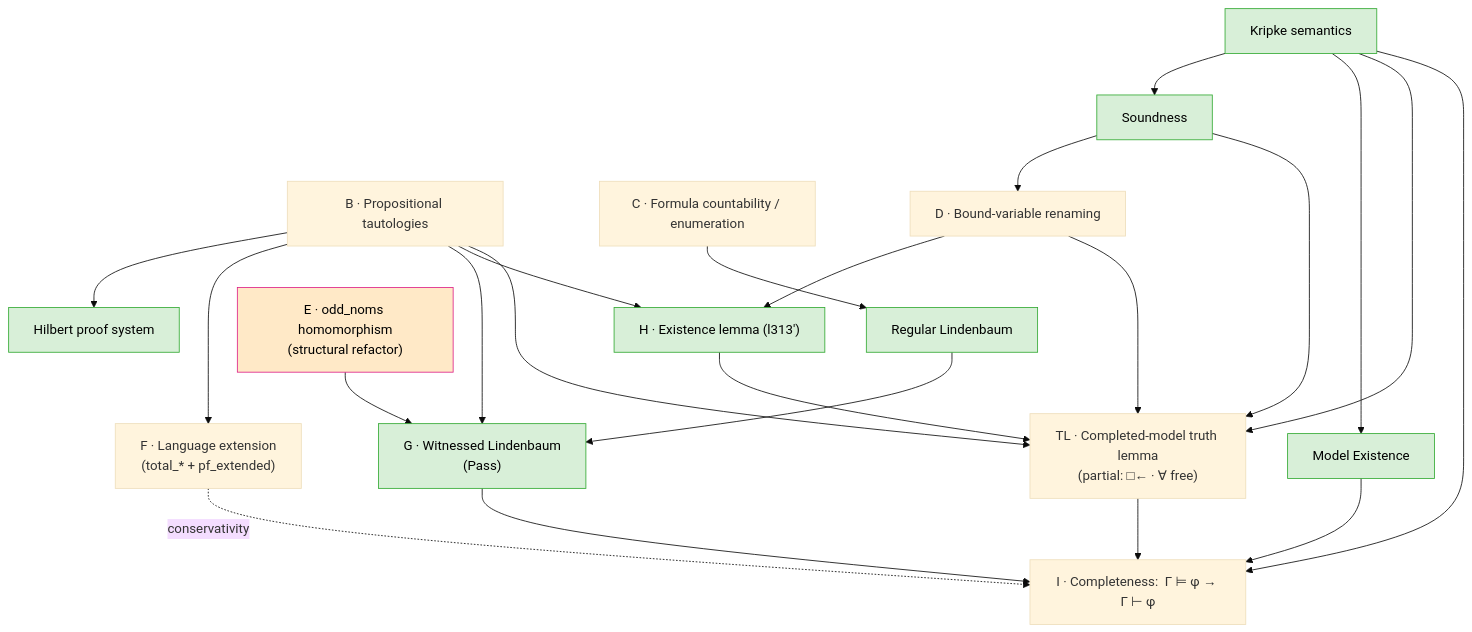
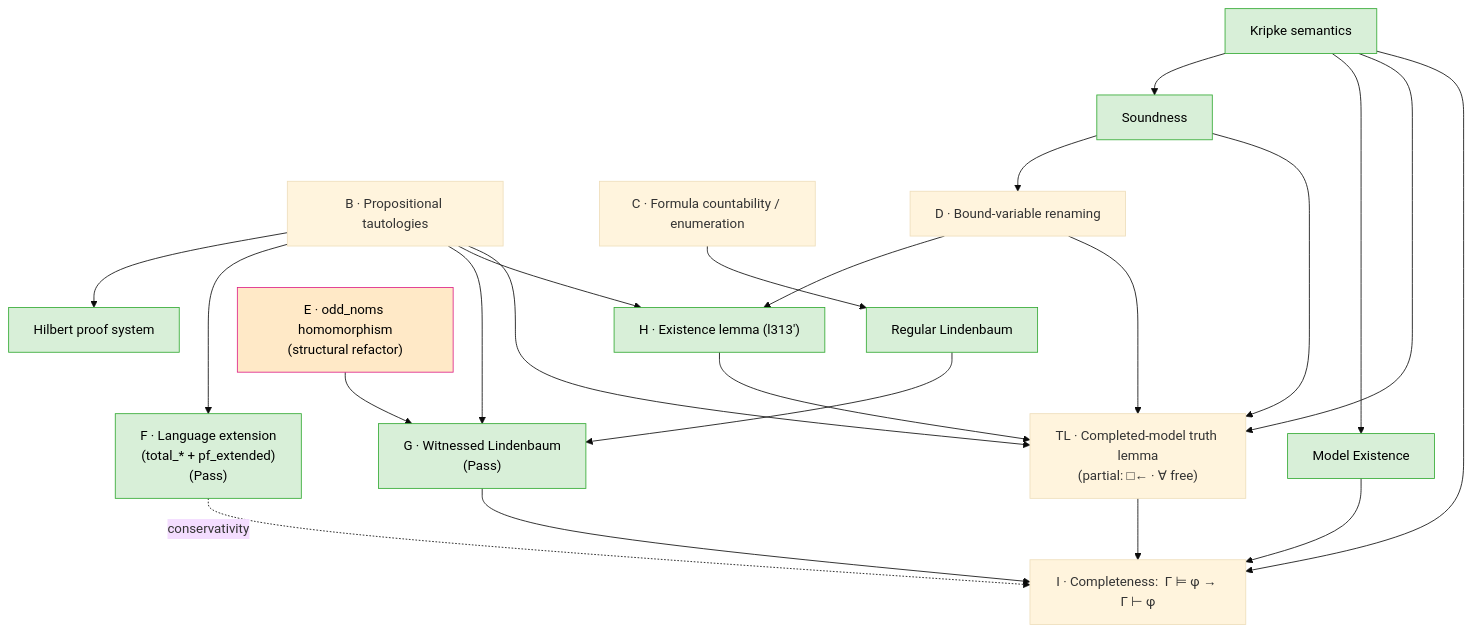
The first of 5 diagrams in arxiv.md (catskillsresearch/hybrid_logic_lean_revisited), drawn with Mermaid (base theme) before and after one commit. The commit also changed other lines of this file and 2 other files, not shown here.

First line of the commit message:
Track 1: complete F path — pf_extended backward + syntactic conservativity

````diff
--- a/arxiv.md
+++ b/arxiv.md
@@ -179,43 +179,43 @@
 ```mermaid
 flowchart TD
     classDef done fill:#d8efd8,stroke:#3a3,color:#000;
     classDef crux fill:#ffe9c7,stroke:#d28,color:#000;
 
     SEM["Kripke semantics"]:::done
     PS["Hilbert proof system"]:::done
     SND["Soundness"]:::done
     RL["Regular Lindenbaum"]:::done
     ME["Model Existence"]:::done
 
     B["B · Propositional tautologies"]
     C["C · Formula countability / enumeration"]
     D["D · Bound-variable renaming"]
     E["E · odd_noms homomorphism<br/>(structural refactor)"]:::crux
-    F["F · Language extension<br/>(total_* + pf_extended)"]
+    F["F · Language extension<br/>(total_* + pf_extended)<br/>(Pass)"]:::done
     G["G · Witnessed Lindenbaum<br/>(Pass)"]:::done
     TL["TL · Completed-model truth lemma<br/>(partial: □← · ∀ free)"]
     H["H · Existence lemma (l313')"]:::done
     I["I · Completeness:  Γ ⊨ φ → Γ ⊢ φ"]
 
     B --> PS
     C --> RL
     RL --> G
     E --> G
     B --> F
     B --> G
     B --> H
     B --> TL
     D --> H
     D --> TL
     H --> TL
     G --> I
     TL --> I
     ME --> I
     F -.->|"conservativity"| I
     SEM --> SND
     SEM --> ME
     SEM --> TL
     SEM --> I
     SND --> D
     SND --> TL
 ```
````
